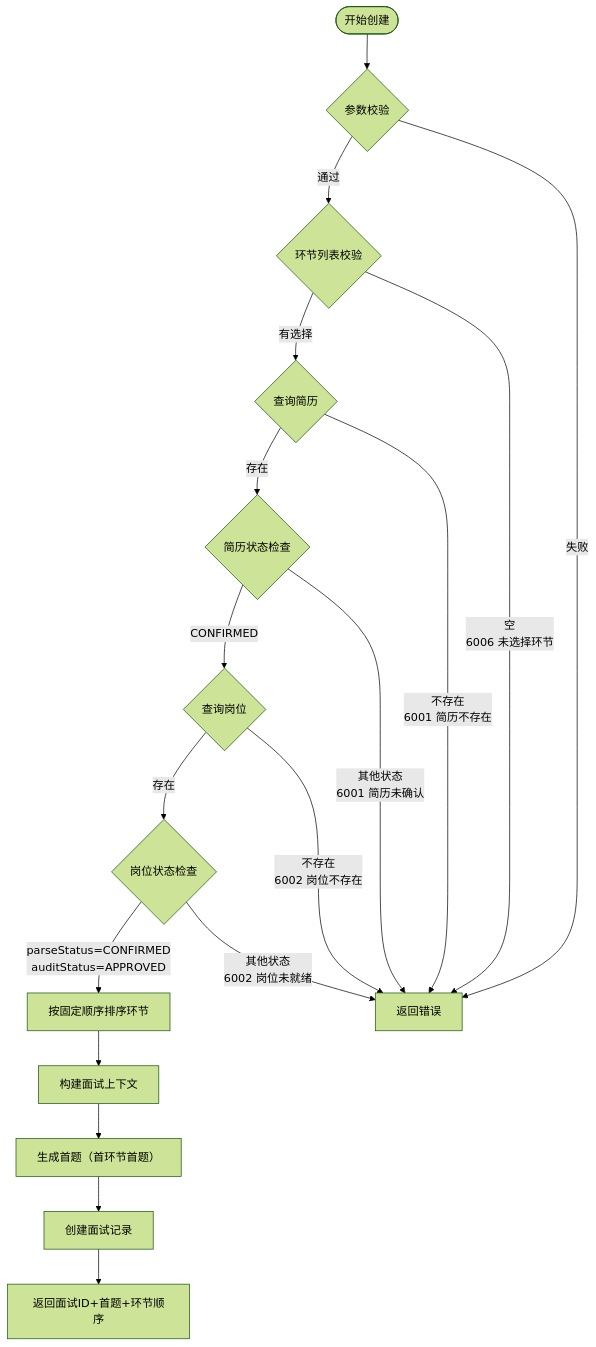
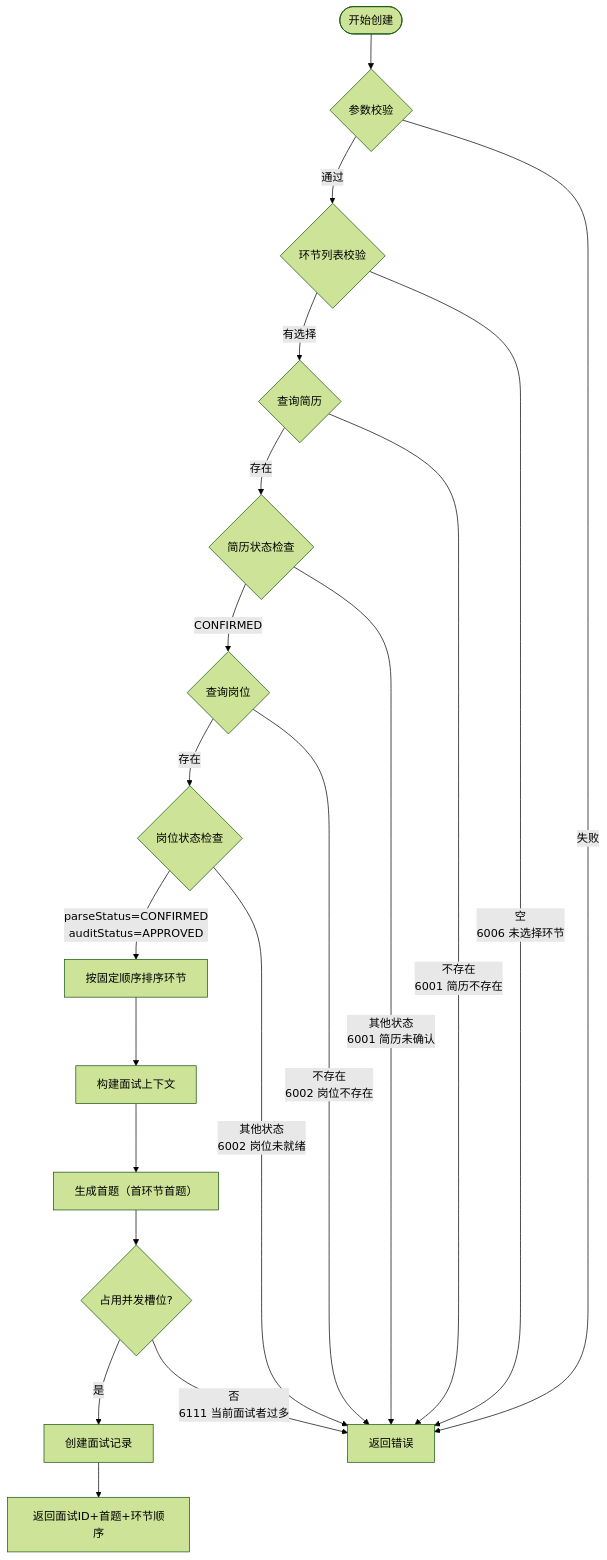
The first of 16 diagrams in docs/design/interview-module.md (wanzhihuiha/interview-coach), drawn with Mermaid (forest theme) before and after one commit. The commit also changed other lines of this file and 9 other files, not shown here.

````diff
--- a/docs/design/interview-module.md
+++ b/docs/design/interview-module.md
@@ -504,41 +532,43 @@
 ```mermaid
 flowchart TD
     Start([开始创建])
     ValidateInput{参数校验}
     CheckSelectedPhases{环节列表校验}
     FindResume{查询简历}
     CheckResumeStatus{简历状态检查}
     FindPosition{查询岗位}
     CheckPositionStatus{岗位状态检查}
     SortPhases[按固定顺序排序环节]
     BuildContext[构建面试上下文]
     GenerateFirstQuestion[生成首题（首环节首题）]
     CreateInterview[创建面试记录]
     ReturnSuccess[返回面试ID+首题+环节顺序]
     ReturnError[返回错误]
 
     Start --> ValidateInput
 
     ValidateInput -->|通过| CheckSelectedPhases
     ValidateInput -->|失败| ReturnError
 
     CheckSelectedPhases -->|有选择| FindResume
     CheckSelectedPhases -->|空<br/>6006 未选择环节| ReturnError
 
     FindResume -->|存在| CheckResumeStatus
     FindResume -->|不存在<br/>6001 简历不存在| ReturnError
 
     CheckResumeStatus -->|CONFIRMED| FindPosition
     CheckResumeStatus -->|其他状态<br/>6001 简历未确认| ReturnError
 
     FindPosition -->|存在| CheckPositionStatus
     FindPosition -->|不存在<br/>6002 岗位不存在| ReturnError
 
     CheckPositionStatus -->|parseStatus=CONFIRMED<br/>auditStatus=APPROVED| SortPhases
     CheckPositionStatus -->|其他状态<br/>6002 岗位未就绪| ReturnError
 
     SortPhases --> BuildContext
     BuildContext --> GenerateFirstQuestion
-    GenerateFirstQuestion --> CreateInterview
+    GenerateFirstQuestion --> AcquireSlot{占用并发槽位?}
+    AcquireSlot -->|是| CreateInterview
+    AcquireSlot -->|否<br/>6111 当前面试者过多| ReturnError
     CreateInterview --> ReturnSuccess
 ```
````
